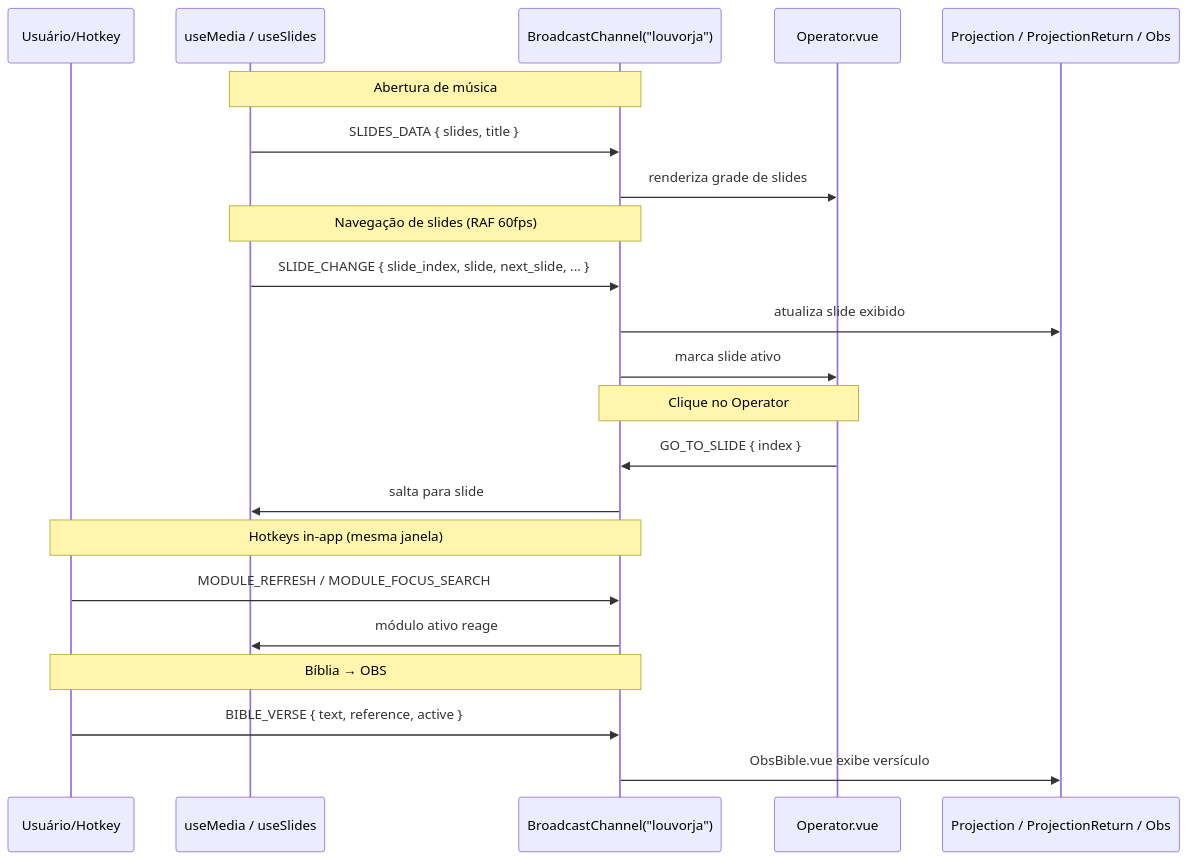
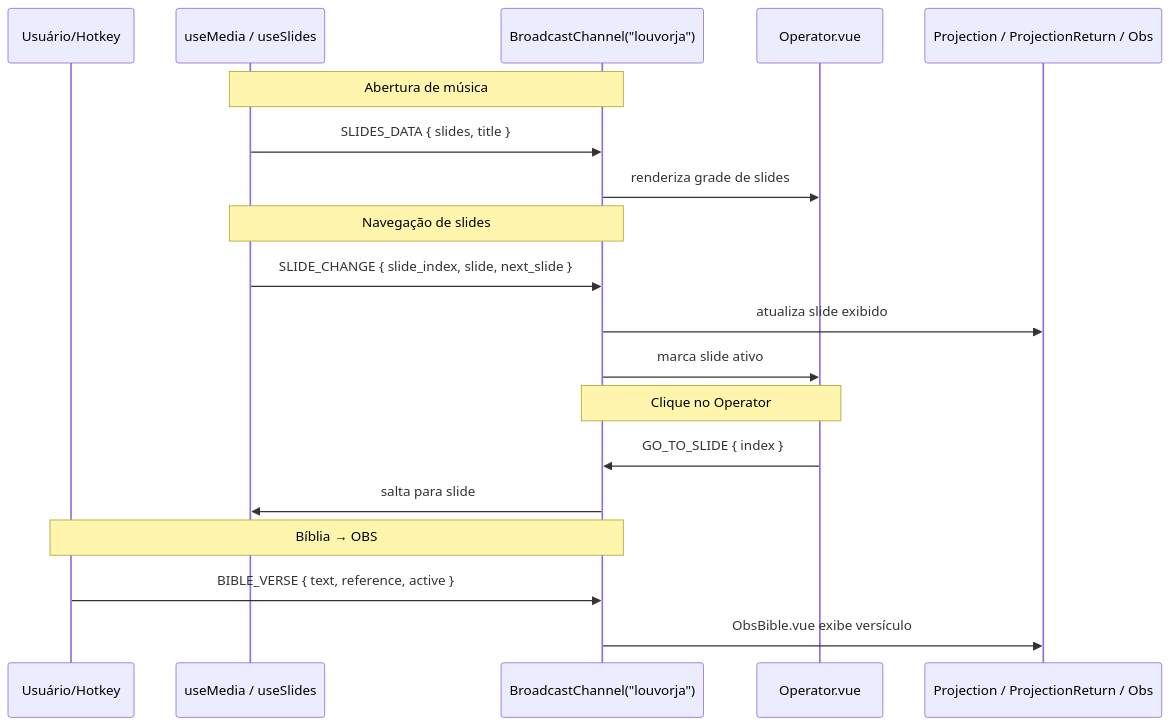
One commit to juanaleixo/louvorja changed the diagram in docs/broadcast.md. Above: the diagram before and after it, drawn with Mermaid. The commit also changed other lines of this file and 5 other files, not shown here.

````diff
--- a/docs/broadcast.md
+++ b/docs/broadcast.md
@@ -165,29 +153,25 @@
 ```mermaid
 sequenceDiagram
     participant U as Usuário/Hotkey
     participant Media as useMedia / useSlides
     participant BC as BroadcastChannel("louvorja")
     participant Op as Operator.vue
     participant Proj as Projection / ProjectionReturn / Obs
 
     Note over Media,BC: Abertura de música
     Media->>BC: SLIDES_DATA { slides, title }
     BC->>Op: renderiza grade de slides
 
-    Note over Media,BC: Navegação de slides (RAF 60fps)
-    Media->>BC: SLIDE_CHANGE { slide_index, slide, next_slide, ... }
+    Note over Media,BC: Navegação de slides
+    Media->>BC: SLIDE_CHANGE { slide_index, slide, next_slide }
     BC->>Proj: atualiza slide exibido
     BC->>Op: marca slide ativo
 
     Note over Op,BC: Clique no Operator
     Op->>BC: GO_TO_SLIDE { index }
     BC->>Media: salta para slide #index
 
-    Note over U,BC: Hotkeys in-app (mesma janela)
-    U->>BC: MODULE_REFRESH / MODULE_FOCUS_SEARCH
-    BC->>Media: módulo ativo reage
-
     Note over U,BC: Bíblia → OBS
     U->>BC: BIBLE_VERSE { text, reference, active }
     BC->>Proj: ObsBible.vue exibe versículo
 ```
````
